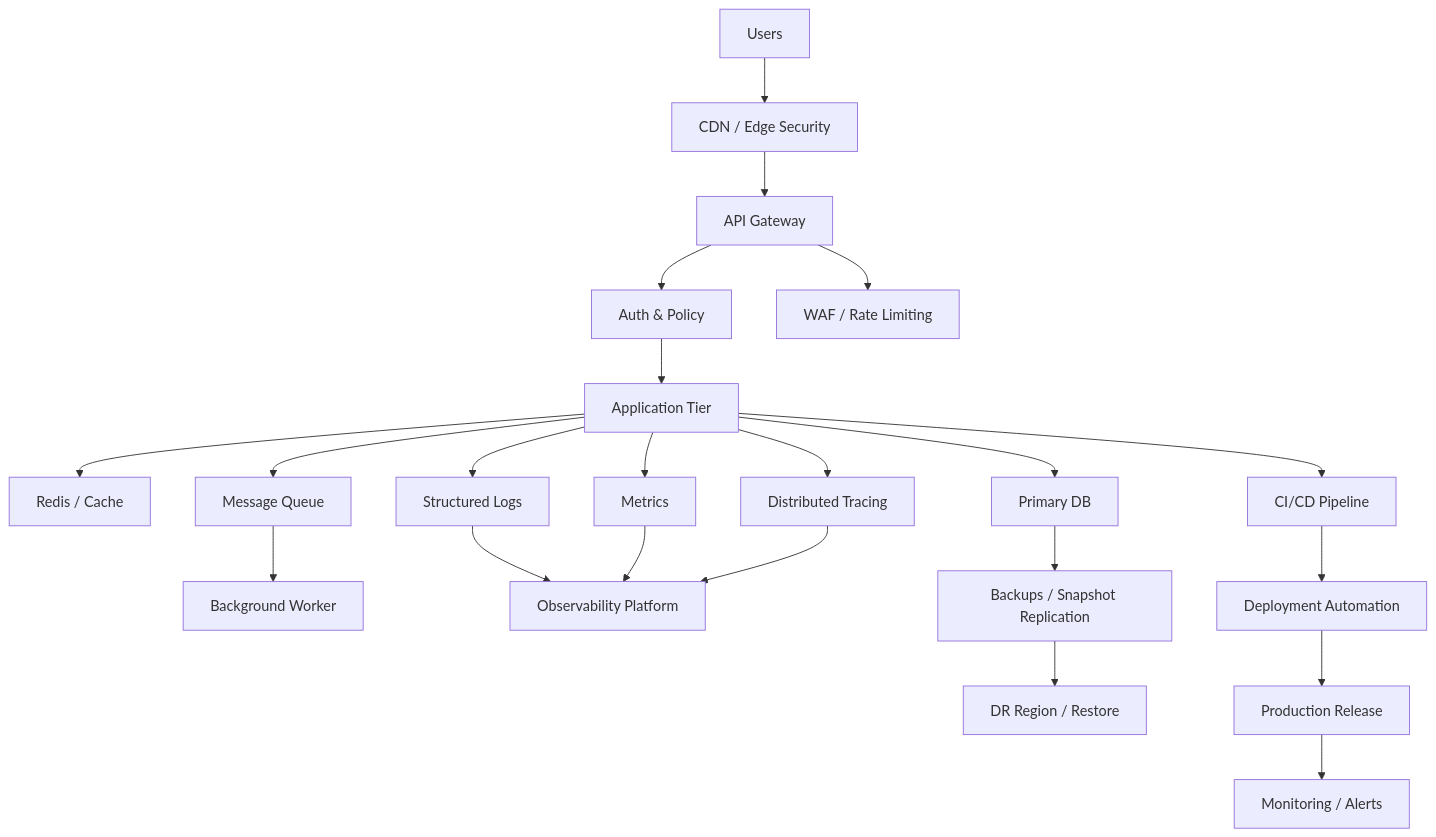
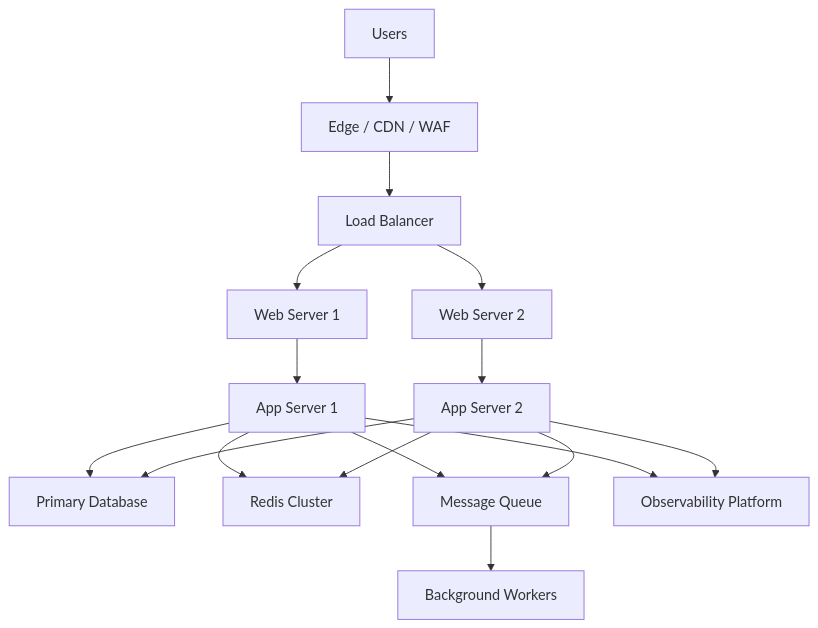
Before and after one commit to quesiblaq442-del/architecture-diagram: diagram 23 of 23 in ARCHITECTURE.md, drawn with Mermaid. The commit also changed other lines of this file, not shown here.

Commit message:
Add hosting and server architecture coverage

````diff
--- a/ARCHITECTURE.md
+++ b/ARCHITECTURE.md
@@ -453,27 +680,18 @@
 ```mermaid
 graph TB
-    Users["Users"] --> CDN["CDN / Edge Security"]
-    CDN --> GW["API Gateway"]
-    GW --> Auth["Auth & Policy"]
-    Auth --> App["Application Tier"]
-    App --> Cache["Redis / Cache"]
-    App --> DB["Primary DB"]
-    App --> Queue["Message Queue"]
-    Queue --> Worker["Background Worker"]
-
-    GW --> WAF["WAF / Rate Limiting"]
-    App --> Logs["Structured Logs"]
-    App --> Traces["Distributed Tracing"]
-    App --> Metrics["Metrics"]
-    Logs --> Obs["Observability Platform"]
-    Metrics --> Obs
-    Traces --> Obs
-
-    DB --> Backup["Backups / Snapshot Replication"]
-    Backup --> DR["DR Region / Restore"]
-
-    App --> CI["CI/CD Pipeline"]
-    CI --> Deploy["Deployment Automation"]
-    Deploy --> Prod["Production Release"]
-    Prod --> Alerts["Monitoring / Alerts"]
+    Users["Users"] --> Edge["Edge / CDN / WAF"]
+    Edge --> LB["Load Balancer"]
+    LB --> Web1["Web Server 1"]
+    LB --> Web2["Web Server 2"]
+    Web1 --> App1["App Server 1"]
+    Web2 --> App2["App Server 2"]
+    App1 --> DB["Primary Database"]
+    App2 --> DB
+    App1 --> Cache["Redis Cluster"]
+    App2 --> Cache
+    App1 --> Queue["Message Queue"]
+    App2 --> Queue
+    Queue --> Worker["Background Workers"]
+    App1 --> Monitor["Observability Platform"]
+    App2 --> Monitor
 ```
````
